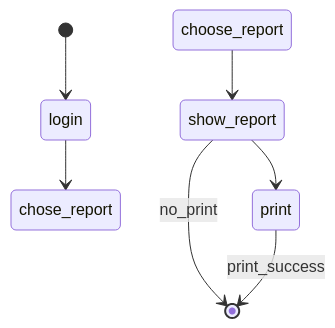
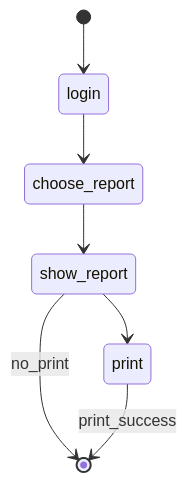
One commit to vutiendat2302/optima-product-winmart-system changed diagram 13 of 14 in README.md. Above: the diagram before and after it, drawn with Mermaid. The commit also changed other lines of this file and 2 other files, not shown here.

````diff
--- a/README.md
+++ b/README.md
@@ -578,9 +609,9 @@
 ``` mermaid
 stateDiagram-v2
     [*] --> login
-    login --> chose_report
+    login --> choose_report
     choose_report --> show_report
     show_report --> [*] : no_print
     show_report --> print
     print --> [*] : print_success
 ```
````
